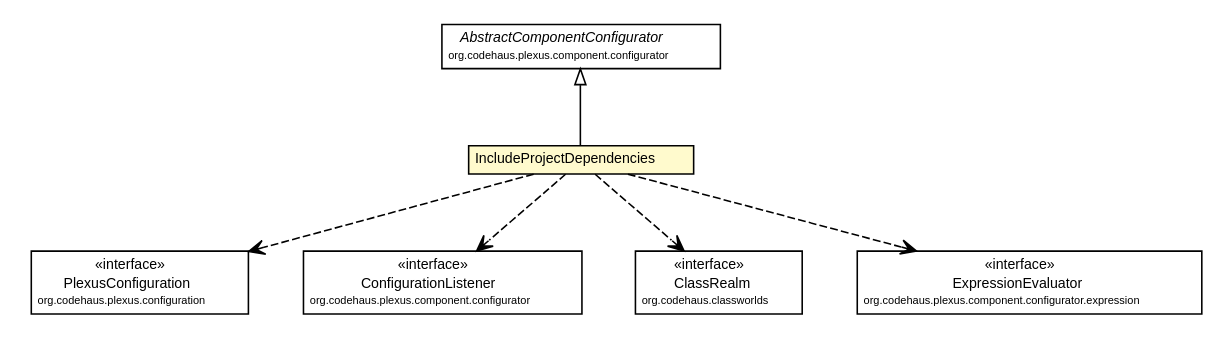
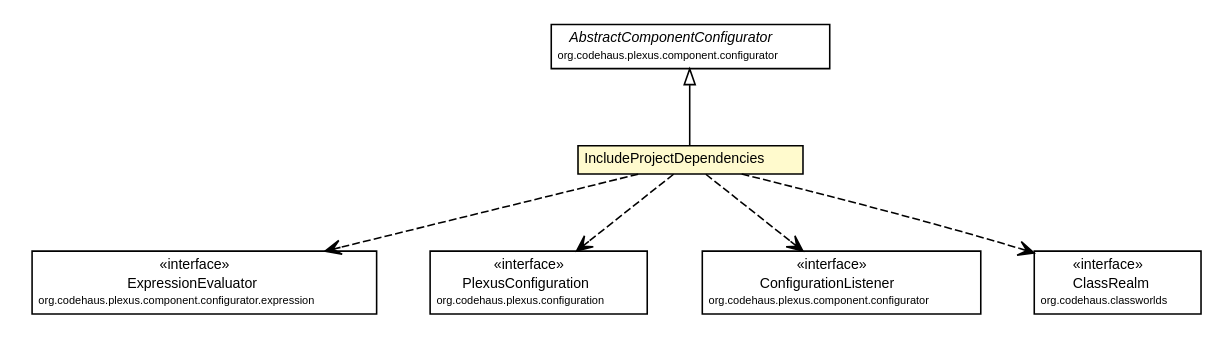
The diagram in site/apidocs/org/synchronoss/cpo/plugin/IncludeProjectDependencies.dot (synchronoss/cpo-api), drawn with Graphviz before and after one commit. The commit also changed 882 other files, not shown here.

```diff
--- a/site/apidocs/org/synchronoss/cpo/plugin/IncludeProjectDependencies.dot
+++ b/site/apidocs/org/synchronoss/cpo/plugin/IncludeProjectDependencies.dot
@@ -1,65 +1,65 @@
 #!/usr/local/bin/dot
 #
 # Class diagram 
 # Generated by UmlGraph version 4.6 (http://www.spinellis.gr/sw/umlgraph)
 #
 
 digraph G {
 	edge [fontname="Helvetica",fontsize=10,labelfontname="Helvetica",labelfontsize=10];
 	node [fontname="Helvetica",fontsize=10,shape=plaintext];
 	// org.synchronoss.cpo.plugin.IncludeProjectDependencies
 	c53834 [label=<<table border="0" cellborder="1" cellspacing="0" cellpadding="2" port="p" bgcolor="lemonChiffon" href="./IncludeProjectDependencies.html">
 		<tr><td><table border="0" cellspacing="0" cellpadding="1">
 			<tr><td> IncludeProjectDependencies </td></tr>
 		</table></td></tr>
 		</table>>, fontname="Helvetica", fontcolor="black", fontsize=9.0];
 	//org.synchronoss.cpo.plugin.IncludeProjectDependencies extends org.codehaus.plexus.component.configurator.AbstractComponentConfigurator
 	c53839:p -> c53834:p [dir=back,arrowtail=empty];
+	// org.synchronoss.cpo.plugin.IncludeProjectDependencies DEPEND org.codehaus.plexus.component.configurator.expression.ExpressionEvaluator
+	c53834:p -> c53840:p [taillabel="", label="", headlabel="", fontname="Helvetica", fontcolor="black", fontsize=10.0, color="black", arrowhead=open, style=dashed];
 	// org.synchronoss.cpo.plugin.IncludeProjectDependencies DEPEND org.codehaus.plexus.configuration.PlexusConfiguration
-	c53834:p -> c53840:p [taillabel="", label="", headlabel="", fontname="Helvetica", fontcolor="black", fontsize=10.0, color="black", arrowhead=open, style=dashed];
+	c53834:p -> c53841:p [taillabel="", label="", headlabel="", fontname="Helvetica", fontcolor="black", fontsize=10.0, color="black", arrowhead=open, style=dashed];
 	// org.synchronoss.cpo.plugin.IncludeProjectDependencies DEPEND org.codehaus.plexus.component.configurator.ConfigurationListener
-	c53834:p -> c53841:p [taillabel="", label="", headlabel="", fontname="Helvetica", fontcolor="black", fontsize=10.0, color="black", arrowhead=open, style=dashed];
+	c53834:p -> c53842:p [taillabel="", label="", headlabel="", fontname="Helvetica", fontcolor="black", fontsize=10.0, color="black", arrowhead=open, style=dashed];
 	// org.synchronoss.cpo.plugin.IncludeProjectDependencies DEPEND org.codehaus.classworlds.ClassRealm
-	c53834:p -> c53844:p [taillabel="", label="", headlabel="", fontname="Helvetica", fontcolor="black", fontsize=10.0, color="black", arrowhead=open, style=dashed];
-	// org.synchronoss.cpo.plugin.IncludeProjectDependencies DEPEND org.codehaus.plexus.component.configurator.expression.ExpressionEvaluator
 	c53834:p -> c53845:p [taillabel="", label="", headlabel="", fontname="Helvetica", fontcolor="black", fontsize=10.0, color="black", arrowhead=open, style=dashed];
 	// org.codehaus.classworlds.ClassRealm
-	c53844 [label=<<table border="0" cellborder="1" cellspacing="0" cellpadding="2" port="p" href="http://java.sun.com/j2se/1.4.2/docs/api/org/codehaus/classworlds/ClassRealm.html">
+	c53845 [label=<<table border="0" cellborder="1" cellspacing="0" cellpadding="2" port="p" href="http://java.sun.com/j2se/1.4.2/docs/api/org/codehaus/classworlds/ClassRealm.html">
 		<tr><td><table border="0" cellspacing="0" cellpadding="1">
 			<tr><td> &laquo;interface&raquo; </td></tr>
 			<tr><td> ClassRealm </td></tr>
 			<tr><td><font point-size="7.0"> org.codehaus.classworlds </font></td></tr>
 		</table></td></tr>
 		</table>>, fontname="Helvetica", fontcolor="black", fontsize=9.0];
 	// org.codehaus.plexus.component.configurator.expression.ExpressionEvaluator
-	c53845 [label=<<table border="0" cellborder="1" cellspacing="0" cellpadding="2" port="p" href="http://java.sun.com/j2se/1.4.2/docs/api/org/codehaus/plexus/component/configurator/expression/ExpressionEvaluator.html">
+	c53840 [label=<<table border="0" cellborder="1" cellspacing="0" cellpadding="2" port="p" href="http://java.sun.com/j2se/1.4.2/docs/api/org/codehaus/plexus/component/configurator/expression/ExpressionEvaluator.html">
 		<tr><td><table border="0" cellspacing="0" cellpadding="1">
 			<tr><td> &laquo;interface&raquo; </td></tr>
 			<tr><td> ExpressionEvaluator </td></tr>
 			<tr><td><font point-size="7.0"> org.codehaus.plexus.component.configurator.expression </font></td></tr>
 		</table></td></tr>
 		</table>>, fontname="Helvetica", fontcolor="black", fontsize=9.0];
 	// org.codehaus.plexus.component.configurator.AbstractComponentConfigurator
 	c53839 [label=<<table border="0" cellborder="1" cellspacing="0" cellpadding="2" port="p" href="http://java.sun.com/j2se/1.4.2/docs/api/org/codehaus/plexus/component/configurator/AbstractComponentConfigurator.html">
 		<tr><td><table border="0" cellspacing="0" cellpadding="1">
 			<tr><td><font face="Helvetica-Oblique"> AbstractComponentConfigurator </font></td></tr>
 			<tr><td><font point-size="7.0"> org.codehaus.plexus.component.configurator </font></td></tr>
 		</table></td></tr>
 		</table>>, fontname="Helvetica", fontcolor="black", fontsize=9.0];
 	// org.codehaus.plexus.component.configurator.ConfigurationListener
-	c53841 [label=<<table border="0" cellborder="1" cellspacing="0" cellpadding="2" port="p" href="http://java.sun.com/j2se/1.4.2/docs/api/org/codehaus/plexus/component/configurator/ConfigurationListener.html">
+	c53842 [label=<<table border="0" cellborder="1" cellspacing="0" cellpadding="2" port="p" href="http://java.sun.com/j2se/1.4.2/docs/api/org/codehaus/plexus/component/configurator/ConfigurationListener.html">
 		<tr><td><table border="0" cellspacing="0" cellpadding="1">
 			<tr><td> &laquo;interface&raquo; </td></tr>
 			<tr><td> ConfigurationListener </td></tr>
 			<tr><td><font point-size="7.0"> org.codehaus.plexus.component.configurator </font></td></tr>
 		</table></td></tr>
 		</table>>, fontname="Helvetica", fontcolor="black", fontsize=9.0];
 	// org.codehaus.plexus.configuration.PlexusConfiguration
-	c53840 [label=<<table border="0" cellborder="1" cellspacing="0" cellpadding="2" port="p" href="http://java.sun.com/j2se/1.4.2/docs/api/org/codehaus/plexus/configuration/PlexusConfiguration.html">
+	c53841 [label=<<table border="0" cellborder="1" cellspacing="0" cellpadding="2" port="p" href="http://java.sun.com/j2se/1.4.2/docs/api/org/codehaus/plexus/configuration/PlexusConfiguration.html">
 		<tr><td><table border="0" cellspacing="0" cellpadding="1">
 			<tr><td> &laquo;interface&raquo; </td></tr>
 			<tr><td> PlexusConfiguration </td></tr>
 			<tr><td><font point-size="7.0"> org.codehaus.plexus.configuration </font></td></tr>
 		</table></td></tr>
 		</table>>, fontname="Helvetica", fontcolor="black", fontsize=9.0];
 }
```
